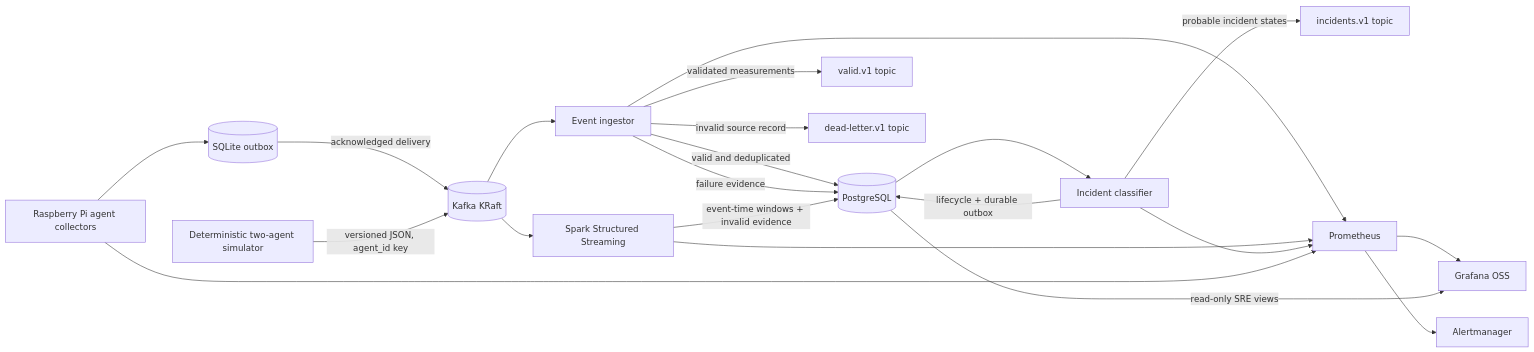
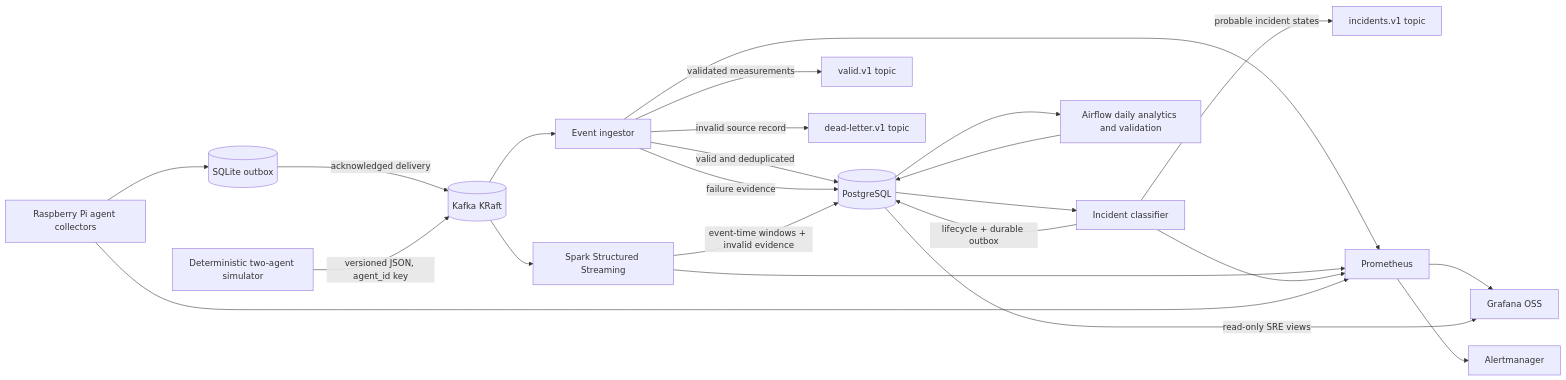
One commit to Jerry-Padilla/local-network-kafka-monitoring changed the diagram in README.md. Above: the diagram before and after it, drawn with Mermaid. The commit also changed other lines of this file and 6 other files, not shown here.

````diff
--- a/README.md
+++ b/README.md
@@ -12,23 +12,25 @@
 ```mermaid
 flowchart LR
     A[Raspberry Pi agent collectors] --> O[(SQLite outbox)]
     O -->|acknowledged delivery| K[(Kafka KRaft)]
     S[Deterministic two-agent simulator] -->|versioned JSON, agent_id key| K[(Kafka KRaft)]
     K --> C[Event ingestor]
     K --> T[Spark Structured Streaming]
     P --> I[Incident classifier]
     C -->|valid and deduplicated| P[(PostgreSQL)]
     C -->|validated measurements| V[valid.v1 topic]
     C -->|invalid source record| D[dead-letter.v1 topic]
     C -->|failure evidence| P
     T -->|event-time windows + invalid evidence| P
     I -->|lifecycle + durable outbox| P
     I -->|probable incident states| N[incidents.v1 topic]
+    P --> AF[Airflow daily analytics and validation]
+    AF --> P
     C --> M[Prometheus]
     T --> M
     I --> M
     A --> M
     M --> G[Grafana OSS]
     P -->|read-only SRE views| G
     M --> L[Alertmanager]
 ```
````
